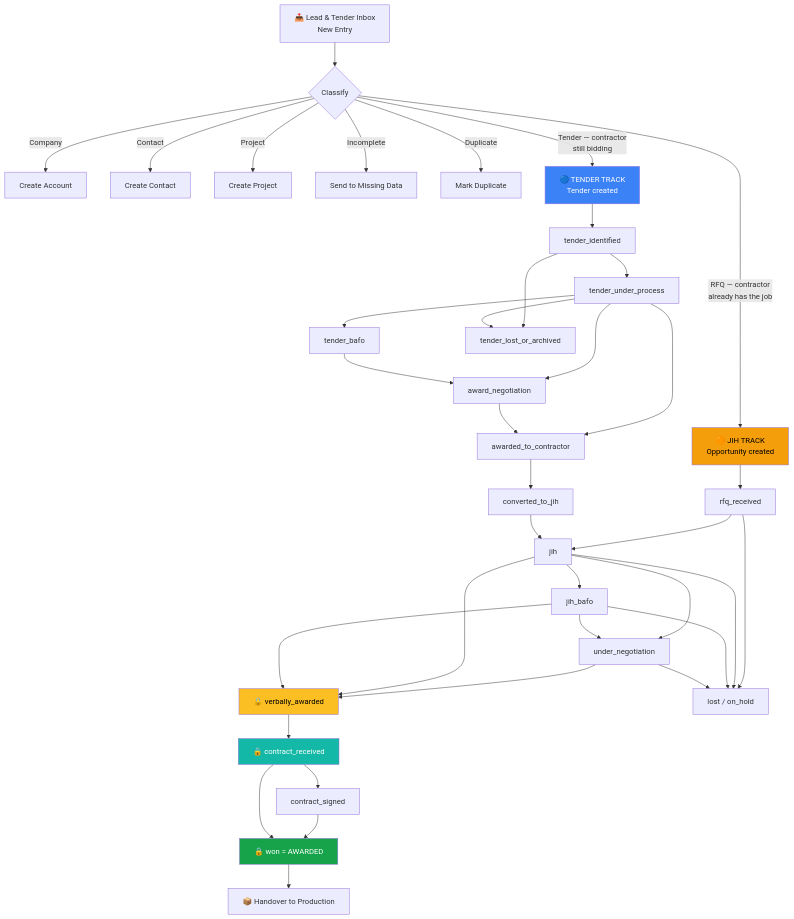
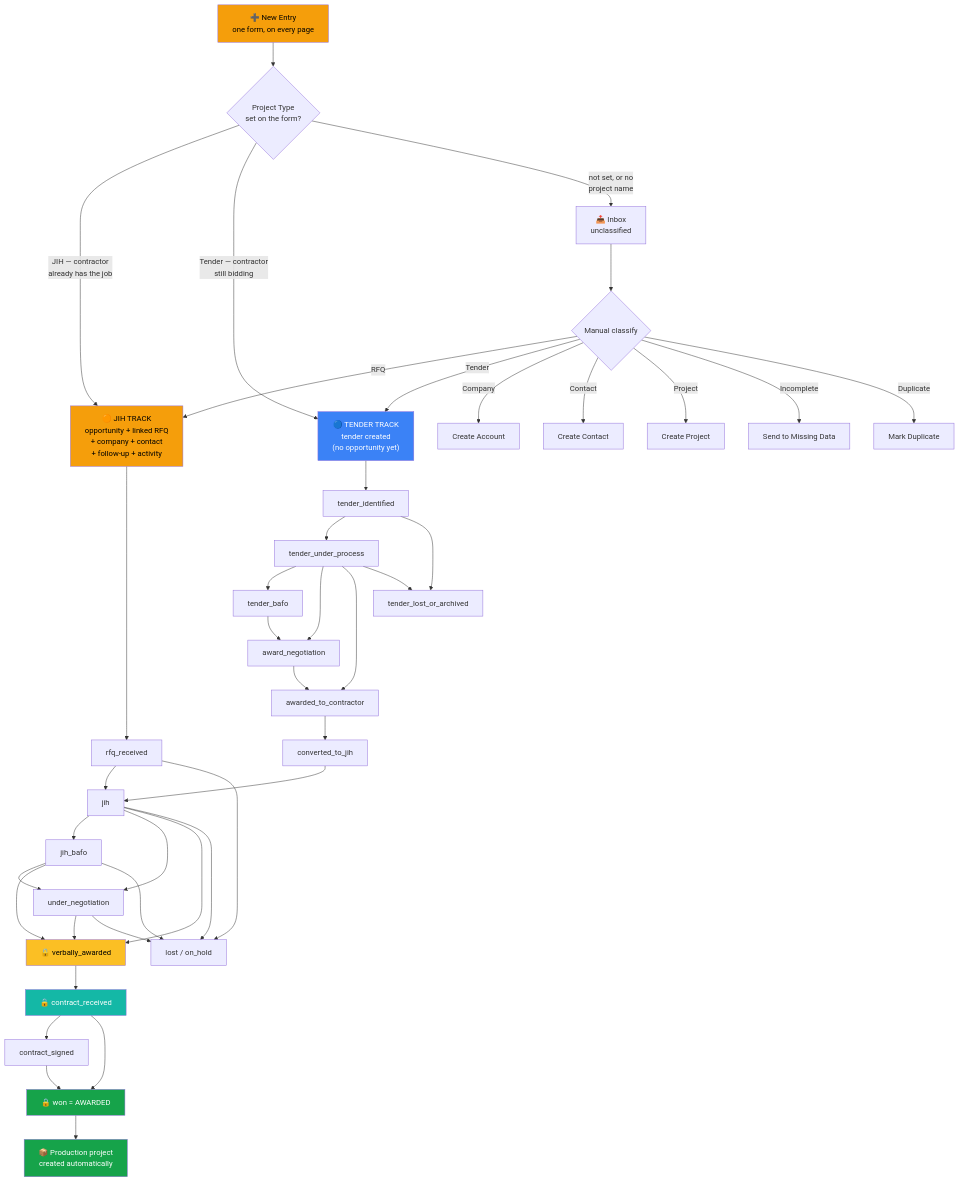
The first of 2 diagrams in docs/USER_GUIDE.md (mophc-sa/phc-command-center), drawn with Mermaid before and after one commit. The commit also changed other lines of this file, not shown here.

````diff
--- a/docs/USER_GUIDE.md
+++ b/docs/USER_GUIDE.md
@@ -123,50 +123,56 @@
 ```mermaid
 flowchart TD
-    A["📥 Lead &amp; Tender Inbox<br/>New Entry"] --> B{"Classify"}
+    A["➕ New Entry<br/>one form, on every page"] --> B{"Project Type<br/>set on the form?"}
 
-    B -->|Company| C1["Create Account"]
-    B -->|Contact| C2["Create Contact"]
-    B -->|Project| C3["Create Project"]
-    B -->|Incomplete| C4["Send to Missing Data"]
-    B -->|Duplicate| C5["Mark Duplicate"]
+    B -->|"JIH — contractor<br/>already has the job"| D["🟠 JIH TRACK<br/>opportunity + linked RFQ<br/>+ company + contact<br/>+ follow-up + activity"]
+    B -->|"Tender — contractor<br/>still bidding"| E["🔵 TENDER TRACK<br/>tender created<br/>(no opportunity yet)"]
+    B -->|"not set, or no<br/>project name"| I["📥 Inbox<br/>unclassified"]
 
-    B -->|"RFQ — contractor<br/>already has the job"| D["🟠 JIH TRACK<br/>Opportunity created"]
-    B -->|"Tender — contractor<br/>still bidding"| E["🔵 TENDER TRACK<br/>Tender created"]
+    I --> B2{"Manual classify"}
+    B2 -->|RFQ| D
+    B2 -->|Tender| E
+    B2 -->|Company| C1["Create Account"]
+    B2 -->|Contact| C2["Create Contact"]
+    B2 -->|Project| C3["Create Project"]
+    B2 -->|Incomplete| C4["Send to Missing Data"]
+    B2 -->|Duplicate| C5["Mark Duplicate"]
 
     D --> D1["rfq_received"]
     D1 --> D2["jih"]
     D2 --> D3["jih_bafo"]
     D2 --> D4["under_negotiation"]
     D3 --> D4
     D4 --> D5["🔒 verbally_awarded"]
     D2 --> D5
     D3 --> D5
     D5 --> D6["🔒 contract_received"]
     D6 --> D7["contract_signed"]
     D7 --> D8["🔒 won = AWARDED"]
     D6 --> D8
-    D8 --> D9["📦 Handover to Production"]
+    D8 --> D9["📦 Production project<br/>created automatically"]
 
     E --> E1["tender_identified"]
     E1 --> E2["tender_under_process"]
     E2 --> E3["tender_bafo"]
     E2 --> E4["award_negotiation"]
     E3 --> E4
     E2 --> E5["awarded_to_contractor"]
     E4 --> E5
     E5 --> E6["converted_to_jih"]
     E6 --> D2
 
     D1 --> X["lost / on_hold"]
     D2 --> X
     D3 --> X
     D4 --> X
     E1 --> Y["tender_lost_or_archived"]
     E2 --> Y
 
+    style A fill:#f59e0b,color:#000
     style D fill:#f59e0b,color:#000
     style E fill:#3b82f6,color:#fff
     style D8 fill:#16a34a,color:#fff
+    style D9 fill:#16a34a,color:#fff
     style D5 fill:#fbbf24,color:#000
     style D6 fill:#14b8a6,color:#fff
 ```
````
